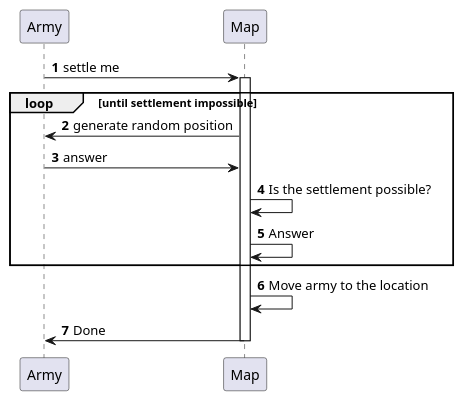
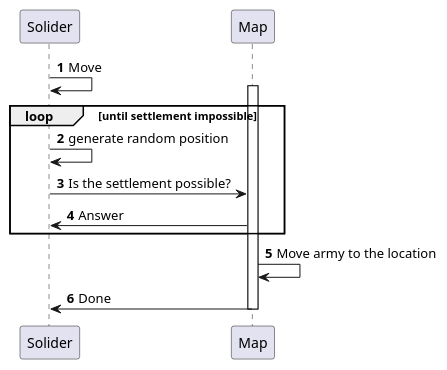
Before and after one commit to KlaudiuszKudla/Symulacja: the diagram in src/main/java/project/Sequence Move on the map.puml, drawn with PlantUML. The commit also changed 9 other files, not shown here.

```diff
--- a/src/main/java/project/Sequence Move on the map.puml
+++ b/src/main/java/project/Sequence Move on the map.puml
@@ -1,18 +1,17 @@
 @startuml
 'https://plantuml.com/sequence-diagram
 
 autonumber
 
-Army->Map :settle me
+Solider->Solider :Move
 activate Map
 loop  until settlement impossible
-Map->Army: generate random position
-Army->Map:answer
-Map->Map: Is the settlement possible?
-Map->Map: Answer
+Solider->Solider: generate random position
+Solider->Map: Is the settlement possible?
+Map->Solider: Answer
 end
 Map->Map: Move army to the location
- Map->Army:Done
+ Map->Solider:Done
  deactivate Map
 
 @enduml
```
